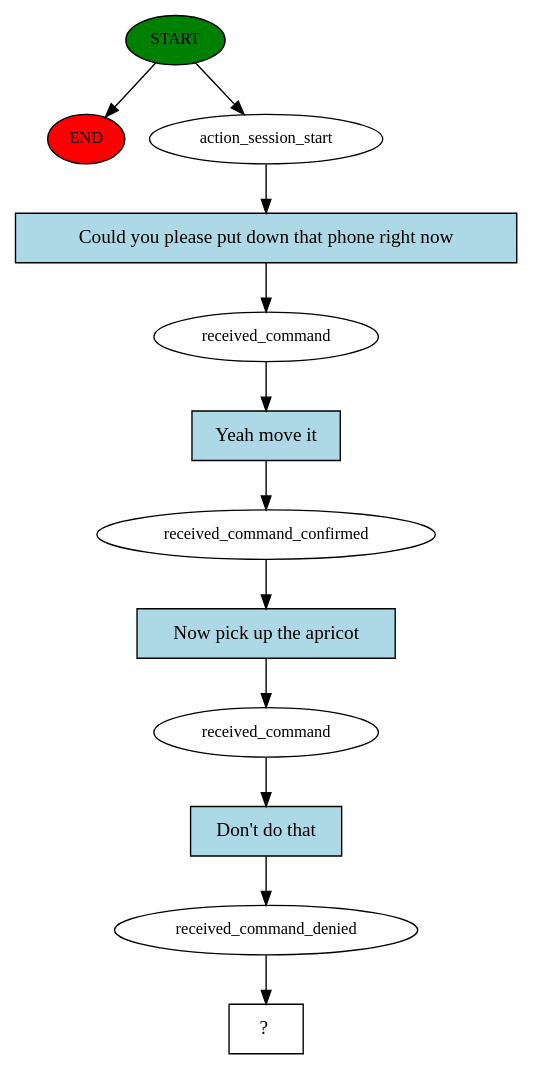
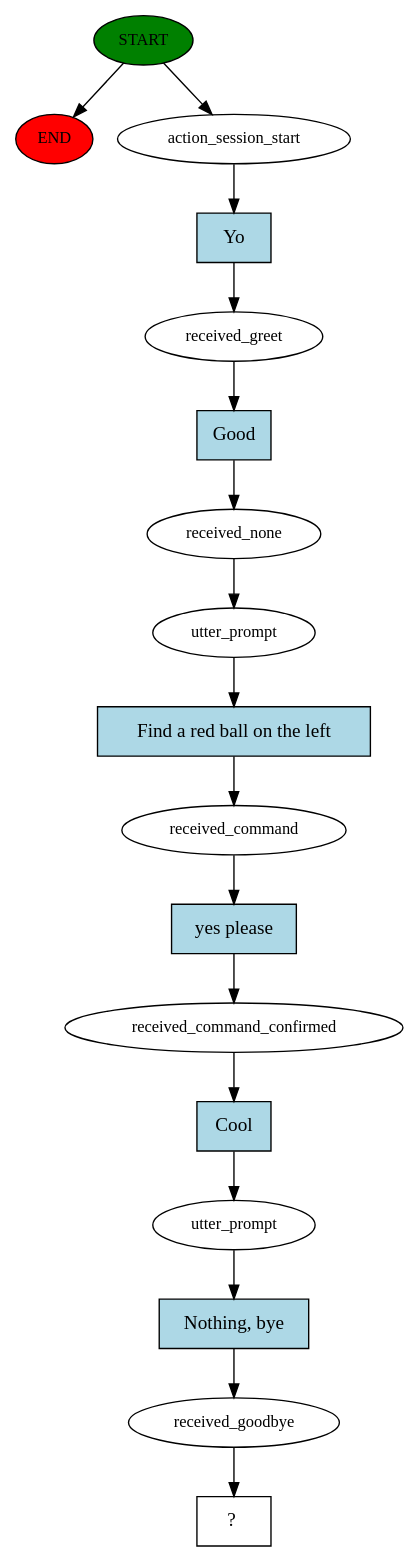
Before and after one commit to glhr/rasa_project: the diagram in story_graph.dot, drawn with Graphviz. The commit also changed 3 other files, not shown here.

```diff
--- a/story_graph.dot
+++ b/story_graph.dot
@@ -1,25 +1,35 @@
 digraph  {
 0 [class="start active", fillcolor=green, fontsize=12, label=START, style=filled];
 "-1" [class=end, fillcolor=red, fontsize=12, label=END, style=filled];
 1 [class=active, fontsize=12, label=action_session_start];
-2 [class=active, fontsize=12, label=received_command];
-3 [class=active, fontsize=12, label=received_command_confirmed];
-4 [class=active, fontsize=12, label=received_command];
-5 [class=active, fontsize=12, label=received_command_denied];
-6 [class="intent dashed active", label="  ?  ", shape=rect];
-7 [class="intent active", fillcolor=lightblue, label="Could you please put down that phone right now", shape=rect, style=filled];
-8 [class="intent active", fillcolor=lightblue, label="Yeah move it", shape=rect, style=filled];
-9 [class="intent active", fillcolor=lightblue, label="Now pick up the apricot", shape=rect, style=filled];
-10 [class="intent active", fillcolor=lightblue, label="Don't do that", shape=rect, style=filled];
+2 [class=active, fontsize=12, label=received_greet];
+3 [class=active, fontsize=12, label=received_none];
+4 [class=active, fontsize=12, label=utter_prompt];
+5 [class=active, fontsize=12, label=received_command];
+6 [class=active, fontsize=12, label=received_command_confirmed];
+7 [class=active, fontsize=12, label=utter_prompt];
+8 [class=active, fontsize=12, label=received_goodbye];
+9 [class="intent dashed active", label="  ?  ", shape=rect];
+10 [class="intent active", fillcolor=lightblue, label=Yo, shape=rect, style=filled];
+11 [class="intent active", fillcolor=lightblue, label=Good, shape=rect, style=filled];
+12 [class="intent active", fillcolor=lightblue, label="Find a red ball on the left", shape=rect, style=filled];
+13 [class="intent active", fillcolor=lightblue, label="yes please", shape=rect, style=filled];
+14 [class="intent active", fillcolor=lightblue, label=Cool, shape=rect, style=filled];
+15 [class="intent active", fillcolor=lightblue, label="Nothing, bye", shape=rect, style=filled];
 0 -> "-1"  [class="", key=NONE, label=""];
 0 -> 1  [class=active, key=NONE, label=""];
-1 -> 7  [class=active, key=0];
-2 -> 8  [class=active, key=0];
-3 -> 9  [class=active, key=0];
-4 -> 10  [class=active, key=0];
-5 -> 6  [class=active, key=NONE, label=""];
-7 -> 2  [class=active, key=0];
-8 -> 3  [class=active, key=0];
-9 -> 4  [class=active, key=0];
-10 -> 5  [class=active, key=0];
+1 -> 10  [class=active, key=0];
+2 -> 11  [class=active, key=0];
+3 -> 4  [class=active, key=NONE, label=""];
+4 -> 12  [class=active, key=0];
+5 -> 13  [class=active, key=0];
+6 -> 14  [class=active, key=0];
+7 -> 15  [class=active, key=0];
+8 -> 9  [class=active, key=NONE, label=""];
+10 -> 2  [class=active, key=0];
+11 -> 3  [class=active, key=0];
+12 -> 5  [class=active, key=0];
+13 -> 6  [class=active, key=0];
+14 -> 7  [class=active, key=0];
+15 -> 8  [class=active, key=0];
 }
```
